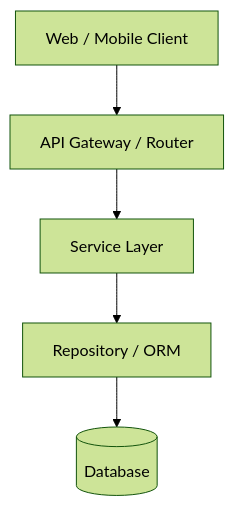
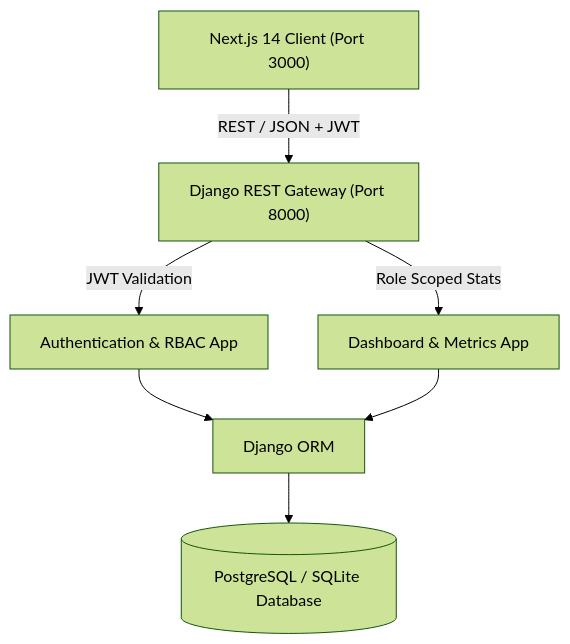
Before and after one commit to meraiyamayank/antijarvish: the diagram in docs/architecture.md, drawn with Mermaid (forest theme). The commit also changed other lines of this file and 55 other files, not shown here.

Commit message:
feat(saas): implement full-stack platform with Next.js, Django REST, JWT, RBAC, and Docker

````diff
--- a/docs/architecture.md
+++ b/docs/architecture.md
@@ -7,7 +11,9 @@
 ```mermaid
 graph TD
-    Client["Web / Mobile Client"] --> API["API Gateway / Router"]
-    API --> Service["Service Layer"]
-    Service --> Repo["Repository / ORM"]
-    Repo --> DB[("Database")]
+    Client["Next.js 14 Client (Port 3000)"] -->|"REST / JSON + JWT"| API["Django REST Gateway (Port 8000)"]
+    API -->|"JWT Validation"| Auth["Authentication & RBAC App"]
+    API -->|"Role Scoped Stats"| Dash["Dashboard & Metrics App"]
+    Auth --> ORM["Django ORM"]
+    Dash --> ORM
+    ORM --> DB[("PostgreSQL / SQLite Database")]
 ```
````
